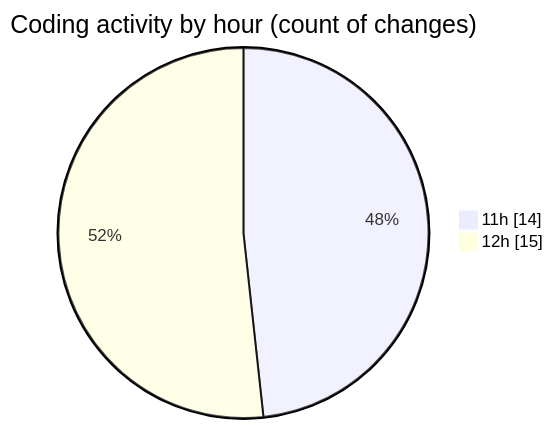
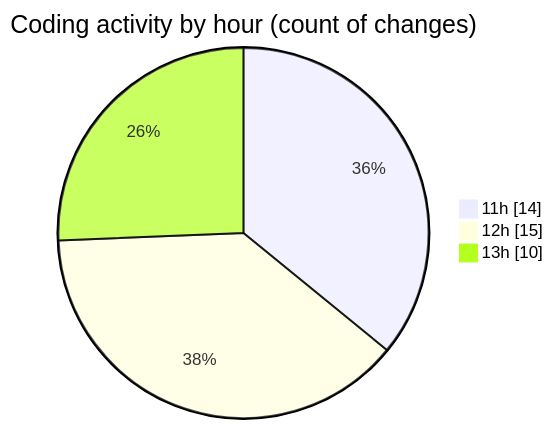
One commit to nxtqubesakshisongat/code-tracking changed the second of 2 diagrams in 2025-07-09/argos/README.md. Above: the diagram before and after it, drawn with Mermaid. The commit also changed other lines of this file and 1 other file, not shown here.

````diff
--- a/2025-07-09/argos/README.md
+++ b/2025-07-09/argos/README.md
@@ -33,6 +33,7 @@
 ```mermaid
 pie showData
 title Coding activity by hour (count of changes)
 "11h" : 14
 "12h" : 15
+"13h" : 10
 ```
````
